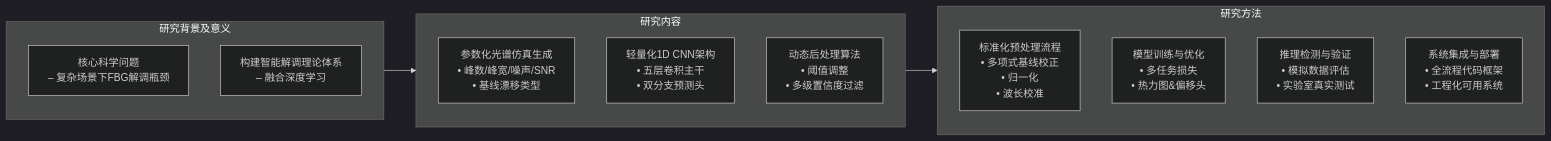
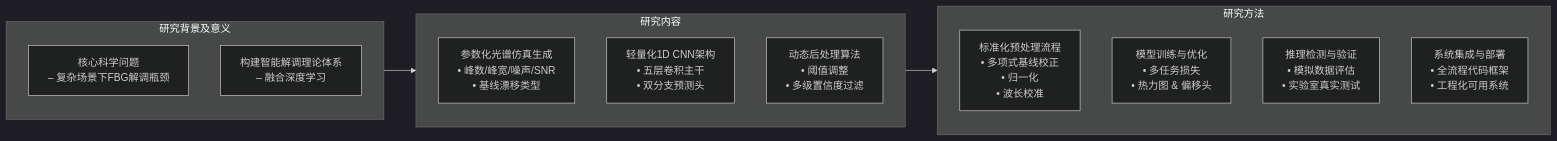
Before and after one commit to Chaccccccc/iodraw-files: the diagram in all/未命名-1.md, drawn with Mermaid (dark theme).

Commit message:
2025-05-24 12:45:43 update

````diff
--- a/all/未命名-1.md
+++ b/all/未命名-1.md
@@ -1,29 +1,26 @@
 ```mermaid
 flowchart LR
-    %% 定义三个模块
-    subgraph 模块一[研究背景及意义]
-        direction TB
-        A1[核心科学问题\n– 复杂场景下FBG解调瓶颈]  
-        A2[构建智能解调理论体系\n– 融合深度学习]
+    %% 定义子图时，用简单标识符，不要把标题当做标识符
+    subgraph M1["研究背景及意义"]
+        A1["核心科学问题\n– 复杂场景下FBG解调瓶颈"]
+        A2["构建智能解调理论体系\n– 融合深度学习"]
     end
 
-    subgraph 模块二[研究内容]
-        direction TB
-        B1[参数化光谱仿真生成\n• 峰数/峰宽/噪声/SNR\n• 基线漂移类型]  
-        B2[轻量化1D CNN架构\n• 五层卷积主干\n• 双分支预测头]  
-        B3[动态后处理算法\n• 阈值调整\n• 多级置信度过滤]
+    subgraph M2["研究内容"]
+        B1["参数化光谱仿真生成\n• 峰数/峰宽/噪声/SNR\n• 基线漂移类型"]
+        B2["轻量化1D CNN架构\n• 五层卷积主干\n• 双分支预测头"]
+        B3["动态后处理算法\n• 阈值调整\n• 多级置信度过滤"]
     end
 
-    subgraph 模块三[研究方法]
-        direction TB
-        C1[标准化预处理流程\n• 多项式基线校正\n• 归一化\n• 波长校准]  
-        C2[模型训练与优化\n• 多任务损失\n• 热力图&偏移头]  
-        C3[推理检测与验证\n• 模拟数据评估\n• 实验室真实测试]  
-        C4[系统集成与部署\n• 全流程代码框架\n• 工程化可用系统]
+    subgraph M3["研究方法"]
+        C1["标准化预处理流程\n• 多项式基线校正\n• 归一化\n• 波长校准"]
+        C2["模型训练与优化\n• 多任务损失\n• 热力图 & 偏移头"]
+        C3["推理检测与验证\n• 模拟数据评估\n• 实验室真实测试"]
+        C4["系统集成与部署\n• 全流程代码框架\n• 工程化可用系统"]
     end
 
-    %% 模块之间流程
-    模块一 --> 模块二
-    模块二 --> 模块三
+    %% 模块流程顺序
+    M1 --> M2
+    M2 --> M3
 
 ```
````
